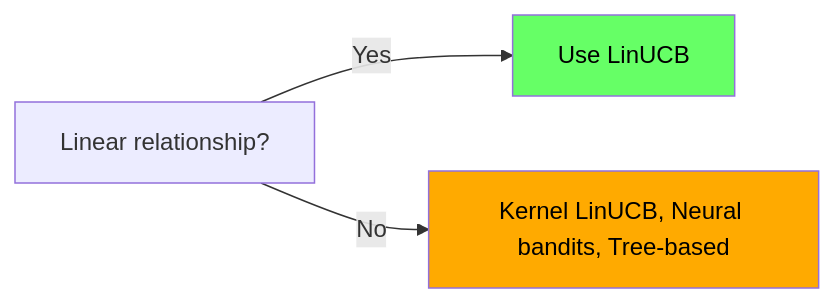
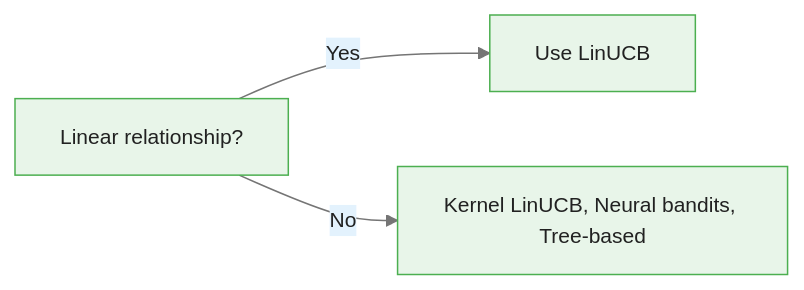
Before and after one commit to m-deane/course-creator: the third of 4 diagrams in courses/multi-armed-bandits-ab-testing/modules/module_03_contextual_bandits/guides/02_linucb_algorithm_slides.md, drawn with Mermaid. The commit also changed other lines of this file and 146 other files, not shown here.

````diff
--- a/courses/multi-armed-bandits-ab-testing/modules/module_03_contextual_bandits/guides/02_linucb_algorithm_slides.md
+++ b/courses/multi-armed-bandits-ab-testing/modules/module_03_contextual_bandits/guides/02_linucb_algorithm_slides.md
@@ -214,7 +260,6 @@
 ```mermaid
+%%{init: {"theme": "base", "themeVariables": {"primaryColor": "#e8f5e9", "primaryBorderColor": "#4caf50", "primaryTextColor": "#212121", "secondaryColor": "#e3f2fd", "tertiaryColor": "#fff8e1", "lineColor": "#757575", "fontFamily": "Inter, sans-serif", "fontSize": "14px"}}}%%
 flowchart LR
     Linear["Linear relationship?"] -->|Yes| LinUCB_use["Use LinUCB"]
     Linear -->|No| Alternatives["Kernel LinUCB, Neural bandits, Tree-based"]
-    style LinUCB_use fill:#6f6,color:#000
-    style Alternatives fill:#fa0,color:#000
 ```
````
